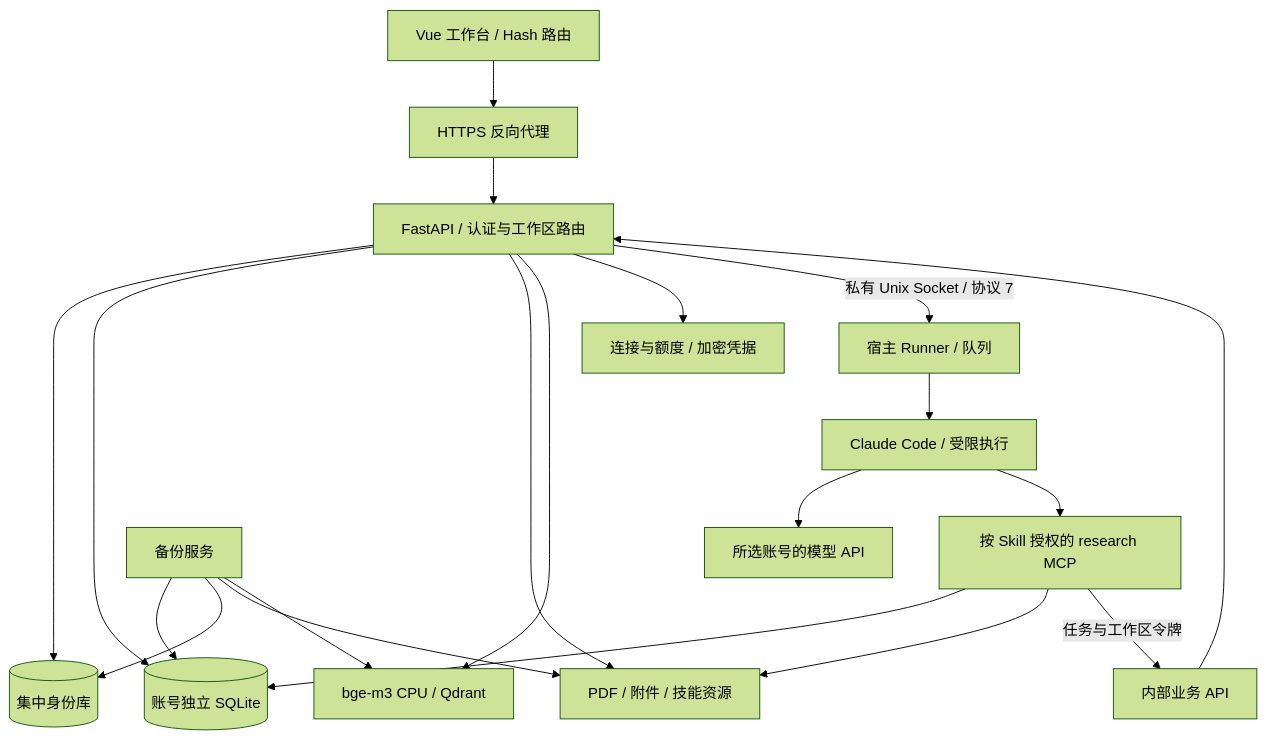
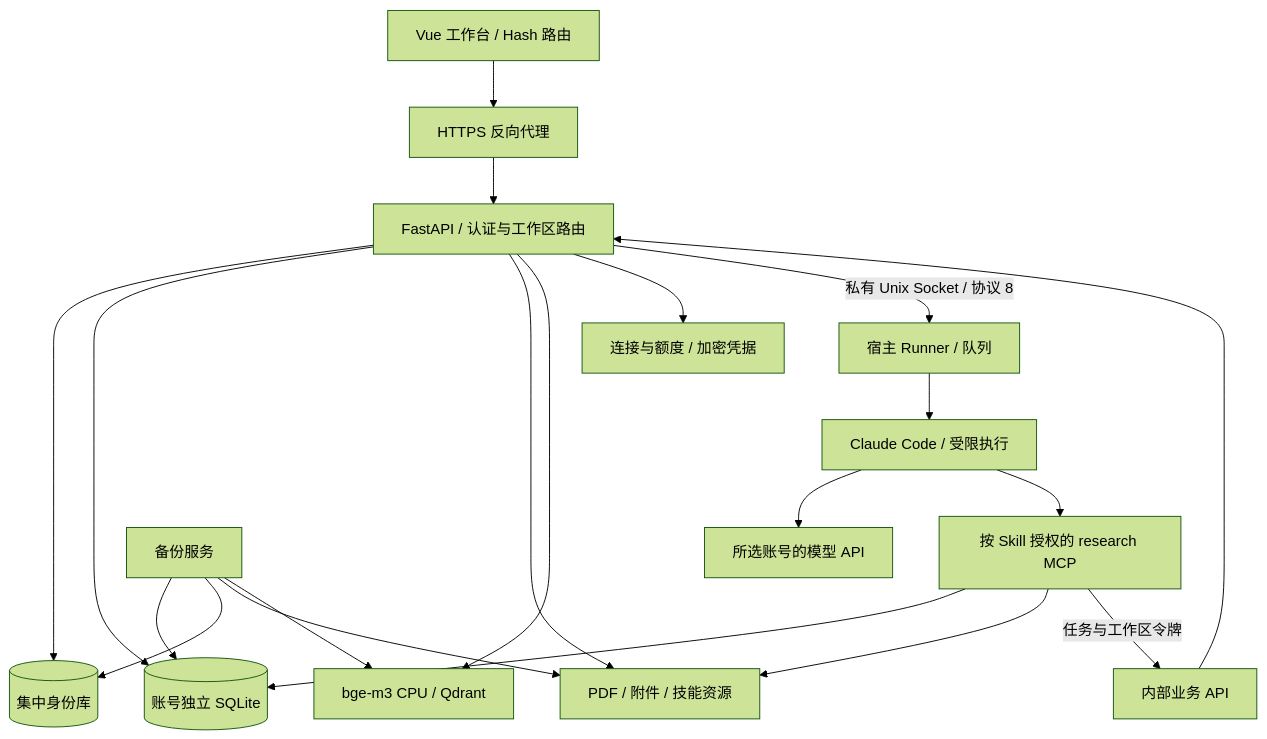
Before and after one commit to FallrainKing/Firework: the first of 2 diagrams in docs/架构.md, drawn with Mermaid (forest theme). The commit also changed other lines of this file and 51 other files, not shown here.

````diff
--- a/docs/架构.md
+++ b/docs/架构.md
@@ -18,22 +18,22 @@
 ```mermaid
 flowchart TD
     Browser[Vue 工作台 / Hash 路由] --> HTTPS[HTTPS 反向代理]
     HTTPS --> API[FastAPI / 认证与工作区路由]
     API --> Identity[(集中身份库)]
     API --> DB[(账号独立 SQLite)]
     API --> Files[PDF / 附件 / 技能资源]
     API --> RAG[bge-m3 CPU / Qdrant]
     API --> Config[连接与额度 / 加密凭据]
-    API -->|私有 Unix Socket / 协议 7| Runner[宿主 Runner / 队列]
+    API -->|私有 Unix Socket / 协议 8| Runner[宿主 Runner / 队列]
     Runner --> CLI[Claude Code / 受限执行]
     CLI --> Provider[所选账号的模型 API]
     CLI --> MCP[按 Skill 授权的 research MCP]
     MCP --> DB
     MCP --> Files
     MCP -->|任务与工作区令牌| Internal[内部业务 API]
     Internal --> API
     Backup[备份服务] --> DB
     Backup --> Identity
     Backup --> Files
     Backup --> RAG
 ```
````
